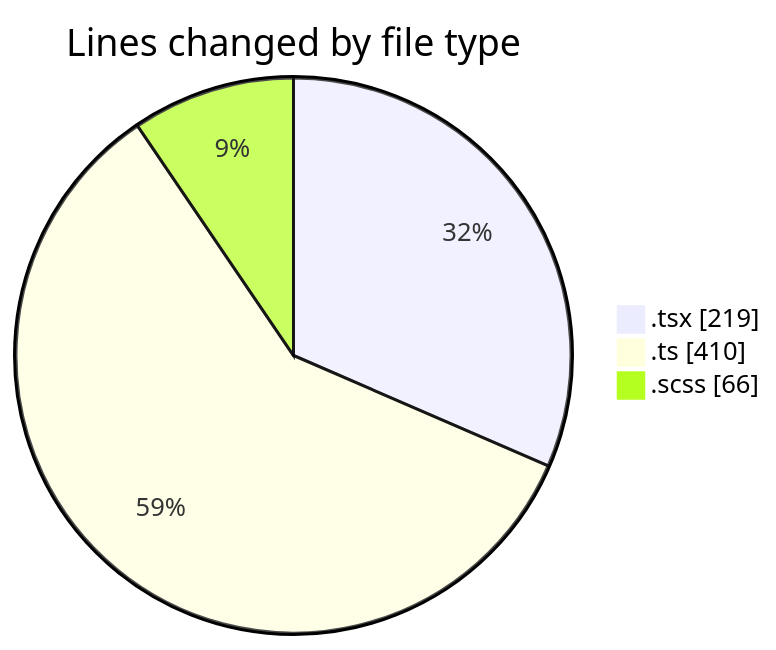
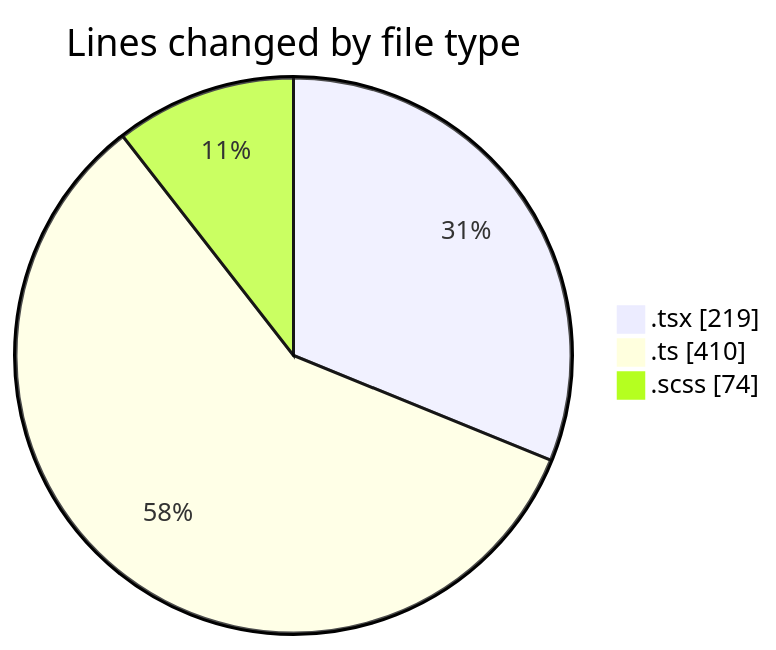
Before and after one commit to momahboobian/code-tracking: the first of 2 diagrams in 2026-03-26/cda/README.md, drawn with Mermaid. The commit also changed other lines of this file and 1 other file, not shown here.

````diff
--- a/2026-03-26/cda/README.md
+++ b/2026-03-26/cda/README.md
@@ -23,7 +23,7 @@
 ```mermaid
 pie showData
 title Lines changed by file type
 ".tsx" : 219
 ".ts" : 410
-".scss" : 66
+".scss" : 74
 ```
````
